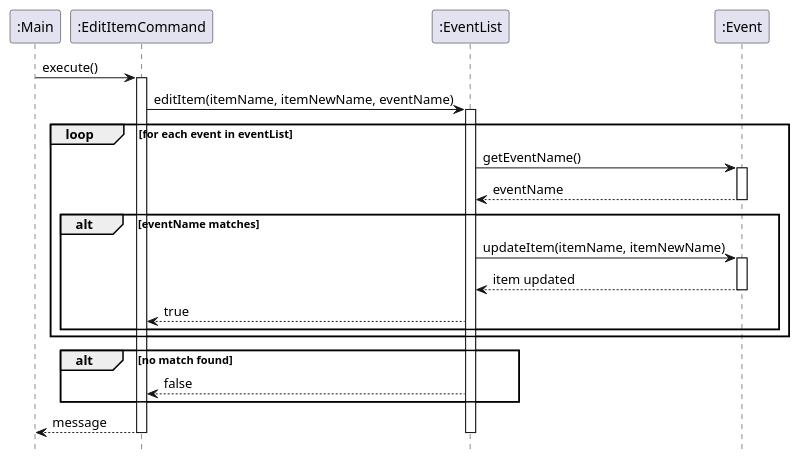
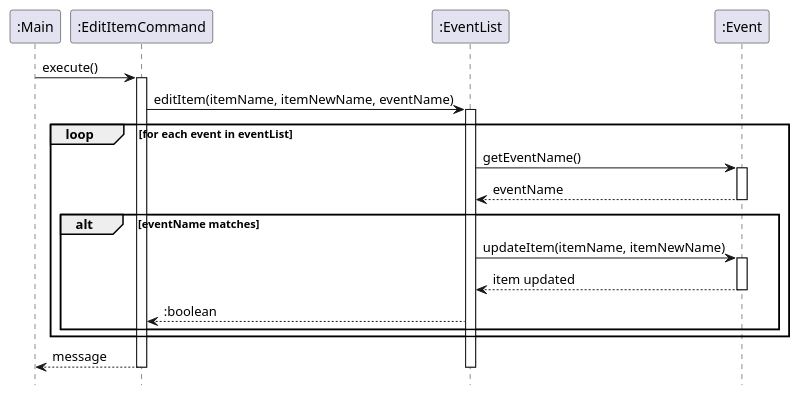
Before and after one commit to nus-cs2113-AY2425S1/tp: the first of 2 diagrams in docs/diagrams/EditItemCommandSequenceDiagram.puml, drawn with PlantUML. The commit also changed 6 other files, not shown here.

```diff
--- a/docs/diagrams/EditItemCommandSequenceDiagram.puml
+++ b/docs/diagrams/EditItemCommandSequenceDiagram.puml
@@ -1,39 +1,36 @@
 @startuml
 hide footbox
 
 participant ":Main" as main
 participant ":EditItemCommand" as editCommand
 participant ":EventList" as eventList
 participant ":Event" as event
 
 main -> editCommand : execute()
 activate editCommand
 
 editCommand -> eventList : editItem(itemName, itemNewName, eventName)
 activate eventList
 
 loop for each event in eventList
     eventList -> event : getEventName()
     activate event
     event --> eventList : eventName
     deactivate event
 
     alt eventName matches
         eventList -> event : updateItem(itemName, itemNewName)
         activate event
         event --> eventList : item updated
         deactivate event
-        eventList --> editCommand : true
+        eventList --> editCommand : :boolean
 
     end
 
 end
 
-alt no match found
-    eventList --> editCommand : false
-end
 
 editCommand --> main : message
 deactivate eventList
 deactivate editCommand
 @enduml
```
